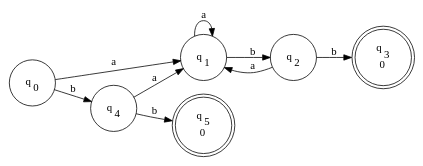
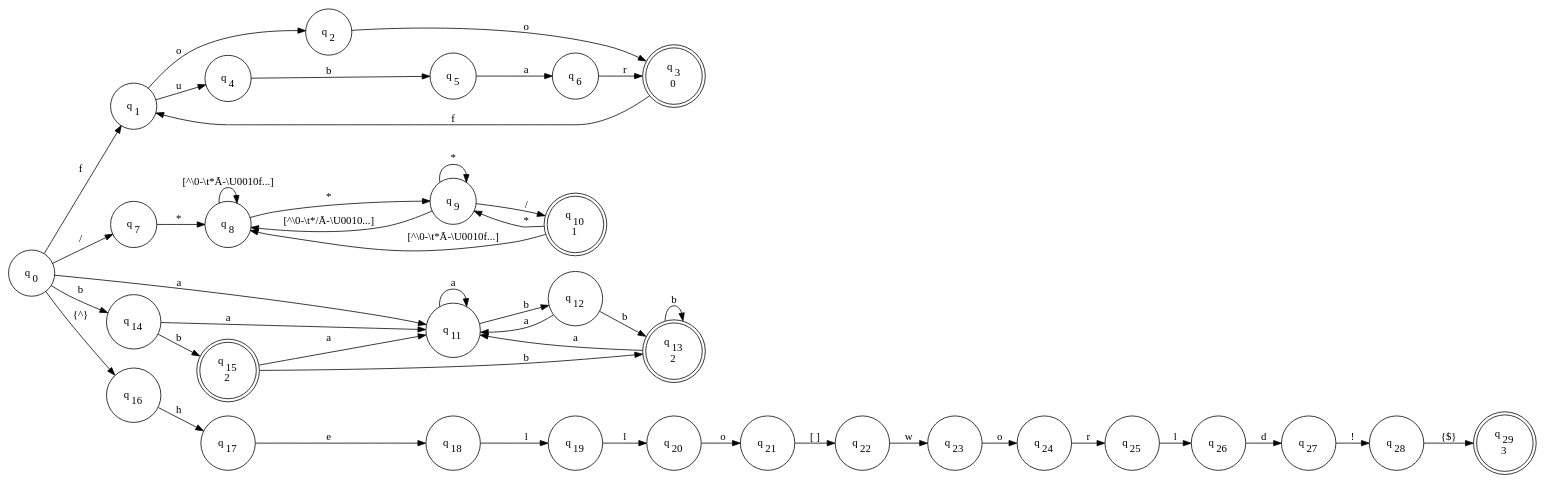
One commit to codewitch-honey-crisis/TestFA changed the diagram in TestFA/dfa.dot. Above: the diagram before and after it, drawn with Graphviz. The commit also changed 5 other files, not shown here.

```diff
--- a/TestFA/dfa.dot
+++ b/TestFA/dfa.dot
@@ -1,19 +1,78 @@
 digraph FA {
 rankdir=LR
 node [shape=circle]
-q0->q1 [label="a"]
-q0->q4 [label="b"]
-q1->q2 [label="b"]
-q1->q1 [label="a"]
-q2->q3 [label="b"]
-q2->q1 [label="a"]
+q0->q1 [label="f"]
+q0->q7 [label="/"]
+q0->q11 [label="a"]
+q0->q14 [label="b"]
+q0->q16 [label="{^}"]
+q1->q2 [label="o"]
+q1->q4 [label="u"]
+q2->q3 [label="o"]
+q3->q1 [label="f"]
 q4->q5 [label="b"]
-q4->q1 [label="a"]
+q5->q6 [label="a"]
+q6->q3 [label="r"]
+q7->q8 [label="*"]
+q8->q9 [label="*"]
+q8->q8 [label="[^\\0-\\t*Ā-\\U0010f...]"]
+q9->q10 [label="/"]
+q9->q9 [label="*"]
+q9->q8 [label="[^\\0-\\t*/Ā-\\U0010...]"]
+q10->q9 [label="*"]
+q10->q8 [label="[^\\0-\\t*Ā-\\U0010f...]"]
+q11->q12 [label="b"]
+q11->q11 [label="a"]
+q12->q13 [label="b"]
+q12->q11 [label="a"]
+q13->q13 [label="b"]
+q13->q11 [label="a"]
+q14->q15 [label="b"]
+q14->q11 [label="a"]
+q15->q13 [label="b"]
+q15->q11 [label="a"]
+q16->q17 [label="h"]
+q17->q18 [label="e"]
+q18->q19 [label="l"]
+q19->q20 [label="l"]
+q20->q21 [label="o"]
+q21->q22 [label="[ ]"]
+q22->q23 [label="w"]
+q23->q24 [label="o"]
+q24->q25 [label="r"]
+q25->q26 [label="l"]
+q26->q27 [label="d"]
+q27->q28 [label="!"]
+q28->q29 [label="{$}"]
 q0 [label=<<TABLE BORDER="0"><TR><TD>q<SUB>0</SUB></TD></TR></TABLE>>]
 q1 [label=<<TABLE BORDER="0"><TR><TD>q<SUB>1</SUB></TD></TR></TABLE>>]
 q2 [label=<<TABLE BORDER="0"><TR><TD>q<SUB>2</SUB></TD></TR></TABLE>>]
 q3 [label=<<TABLE BORDER="0"><TR><TD>q<SUB>3</SUB></TD></TR><TR><TD>0</TD></TR></TABLE>>,shape=doublecircle]
 q4 [label=<<TABLE BORDER="0"><TR><TD>q<SUB>4</SUB></TD></TR></TABLE>>]
-q5 [label=<<TABLE BORDER="0"><TR><TD>q<SUB>5</SUB></TD></TR><TR><TD>0</TD></TR></TABLE>>,shape=doublecircle]
-q3,q5 [shape=doublecircle]
+q5 [label=<<TABLE BORDER="0"><TR><TD>q<SUB>5</SUB></TD></TR></TABLE>>]
+q6 [label=<<TABLE BORDER="0"><TR><TD>q<SUB>6</SUB></TD></TR></TABLE>>]
+q7 [label=<<TABLE BORDER="0"><TR><TD>q<SUB>7</SUB></TD></TR></TABLE>>]
+q8 [label=<<TABLE BORDER="0"><TR><TD>q<SUB>8</SUB></TD></TR></TABLE>>]
+q9 [label=<<TABLE BORDER="0"><TR><TD>q<SUB>9</SUB></TD></TR></TABLE>>]
+q10 [label=<<TABLE BORDER="0"><TR><TD>q<SUB>10</SUB></TD></TR><TR><TD>1</TD></TR></TABLE>>,shape=doublecircle]
+q11 [label=<<TABLE BORDER="0"><TR><TD>q<SUB>11</SUB></TD></TR></TABLE>>]
+q12 [label=<<TABLE BORDER="0"><TR><TD>q<SUB>12</SUB></TD></TR></TABLE>>]
+q13 [label=<<TABLE BORDER="0"><TR><TD>q<SUB>13</SUB></TD></TR><TR><TD>2</TD></TR></TABLE>>,shape=doublecircle]
+q14 [label=<<TABLE BORDER="0"><TR><TD>q<SUB>14</SUB></TD></TR></TABLE>>]
+q15 [label=<<TABLE BORDER="0"><TR><TD>q<SUB>15</SUB></TD></TR><TR><TD>2</TD></TR></TABLE>>,shape=doublecircle]
+q16 [label=<<TABLE BORDER="0"><TR><TD>q<SUB>16</SUB></TD></TR></TABLE>>]
+q17 [label=<<TABLE BORDER="0"><TR><TD>q<SUB>17</SUB></TD></TR></TABLE>>]
+q18 [label=<<TABLE BORDER="0"><TR><TD>q<SUB>18</SUB></TD></TR></TABLE>>]
+q19 [label=<<TABLE BORDER="0"><TR><TD>q<SUB>19</SUB></TD></TR></TABLE>>]
+q20 [label=<<TABLE BORDER="0"><TR><TD>q<SUB>20</SUB></TD></TR></TABLE>>]
+q21 [label=<<TABLE BORDER="0"><TR><TD>q<SUB>21</SUB></TD></TR></TABLE>>]
+q22 [label=<<TABLE BORDER="0"><TR><TD>q<SUB>22</SUB></TD></TR></TABLE>>]
+q23 [label=<<TABLE BORDER="0"><TR><TD>q<SUB>23</SUB></TD></TR></TABLE>>]
+q24 [label=<<TABLE BORDER="0"><TR><TD>q<SUB>24</SUB></TD></TR></TABLE>>]
+q25 [label=<<TABLE BORDER="0"><TR><TD>q<SUB>25</SUB></TD></TR></TABLE>>]
+q26 [label=<<TABLE BORDER="0"><TR><TD>q<SUB>26</SUB></TD></TR></TABLE>>]
+q27 [label=<<TABLE BORDER="0"><TR><TD>q<SUB>27</SUB></TD></TR></TABLE>>]
+q28 [label=<<TABLE BORDER="0"><TR><TD>q<SUB>28</SUB></TD></TR></TABLE>>]
+q29 [label=<<TABLE BORDER="0"><TR><TD>q<SUB>29</SUB></TD></TR><TR><TD>3</TD></TR></TABLE>>,shape=doublecircle]
+q3,q10,q13,q15,q29 [shape=doublecircle]
 }
```
